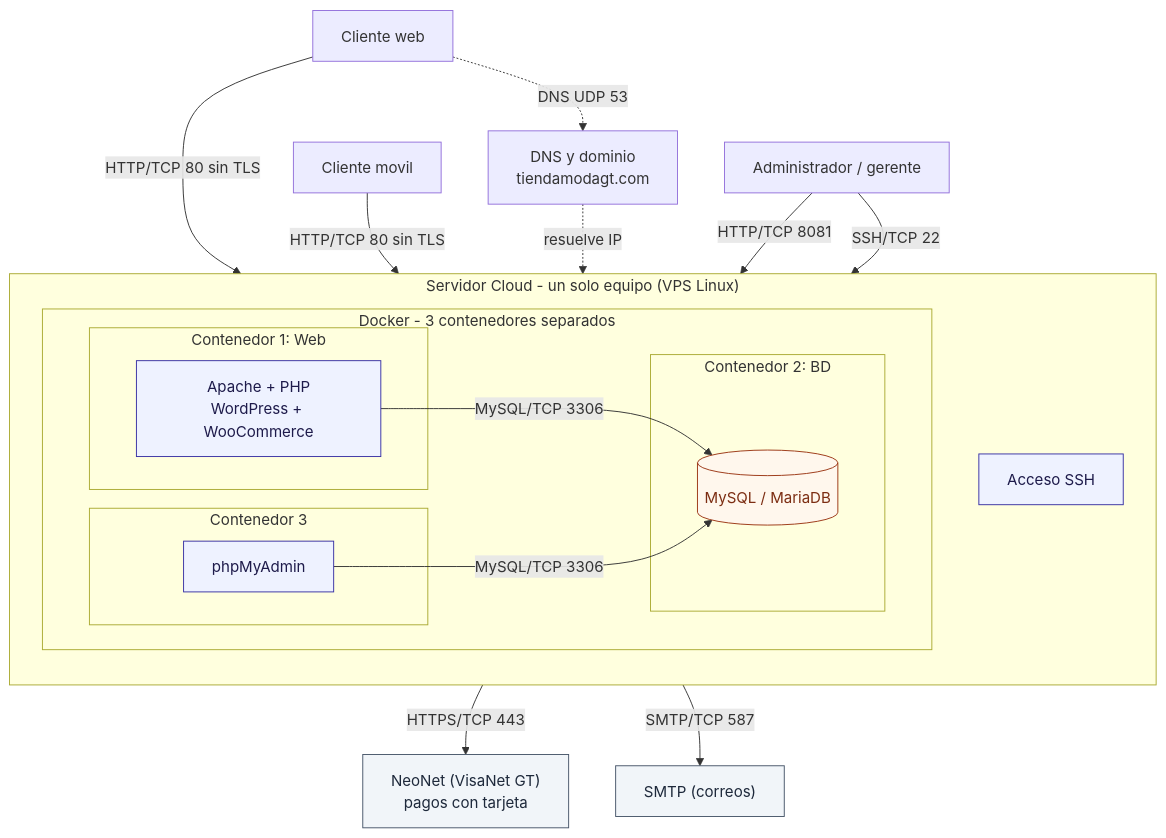
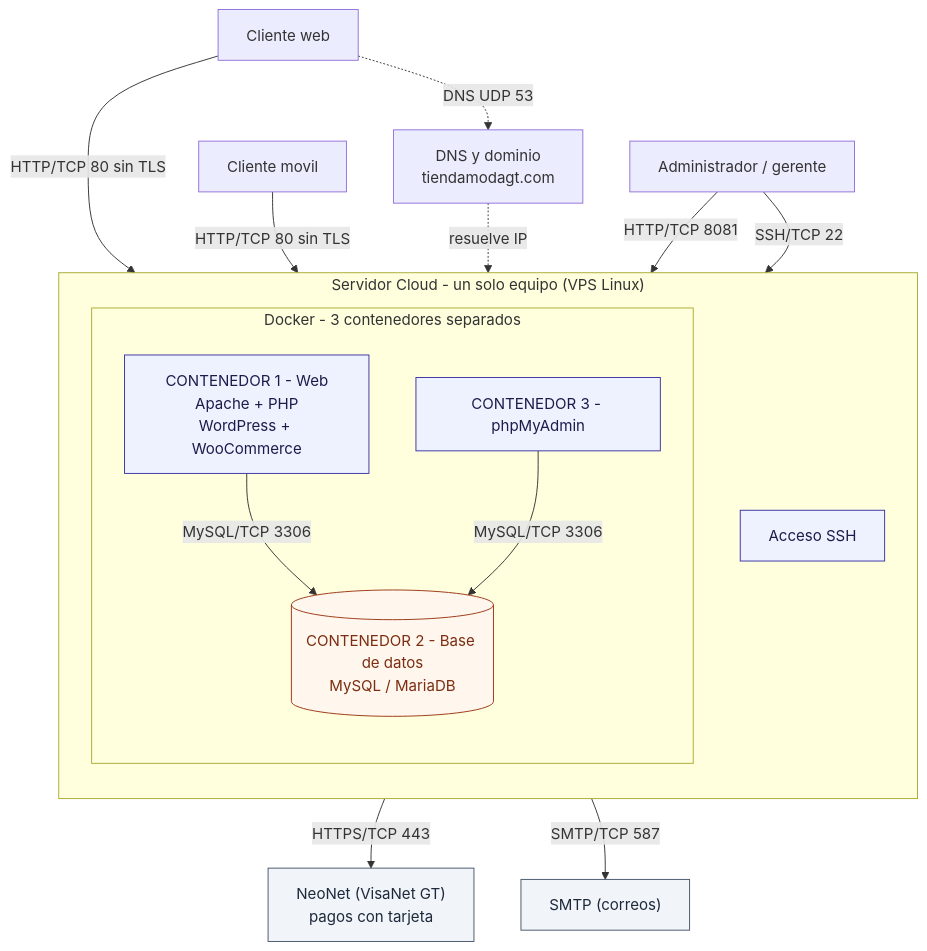
Before and after one commit to JavierNavas/tienda-moda-gt: the diagram in README.md, drawn with Mermaid. The commit also changed 1 other file, not shown here.

Commit message:
Simplifica contenedores a una caja cada uno para evitar que las lineas se encimen con los titulos

````diff
--- a/README.md
+++ b/README.md
@@ -22,45 +22,39 @@
 ```mermaid
 flowchart TB
     WEB["Cliente web"]
     MOV["Cliente movil"]
     OPS["Administrador / gerente"]
     DNS["DNS y dominio<br/>tiendamodagt.com"]
 
     subgraph HOST["Servidor Cloud - un solo equipo (VPS Linux)"]
         direction TB
         subgraph DOCKER["Docker - 3 contenedores separados"]
-            direction LR
-            subgraph C1["Contenedor 1: Web"]
-                WPC["Apache + PHP<br/>WordPress + WooCommerce"]
-            end
-            subgraph C2["Contenedor 2: BD"]
-                DB[("MySQL / MariaDB")]
-            end
-            subgraph C3["Contenedor 3"]
-                PMA["phpMyAdmin"]
-            end
+            direction TB
+            WPC["CONTENEDOR 1 - Web<br/>Apache + PHP<br/>WordPress + WooCommerce"]
+            DB[("CONTENEDOR 2 - Base de datos<br/>MySQL / MariaDB")]
+            PMA["CONTENEDOR 3 - phpMyAdmin"]
         end
         SSH["Acceso SSH"]
     end
 
     PAY["NeoNet (VisaNet GT)<br/>pagos con tarjeta"]
     MAIL["SMTP (correos)"]
 
     WEB -->|"HTTP/TCP 80 sin TLS"| WPC
     MOV -->|"HTTP/TCP 80 sin TLS"| WPC
     WEB -.->|"DNS UDP 53"| DNS
     DNS -.->|"resuelve IP"| WPC
     WPC -->|"MySQL/TCP 3306"| DB
     WPC -->|"HTTPS/TCP 443"| PAY
     WPC -->|"SMTP/TCP 587"| MAIL
     OPS -->|"HTTP/TCP 8081"| PMA
     PMA -->|"MySQL/TCP 3306"| DB
     OPS -->|"SSH/TCP 22"| SSH
 
     classDef app fill:#eef2ff,stroke:#3730a3,color:#1e1b4b;
     classDef db fill:#fff7ed,stroke:#9a3412,color:#7c2d12;
     classDef ext fill:#f1f5f9,stroke:#475569,color:#1e293b;
     class WPC,PMA,SSH app;
     class DB db;
     class PAY,MAIL ext;
 ```
````
